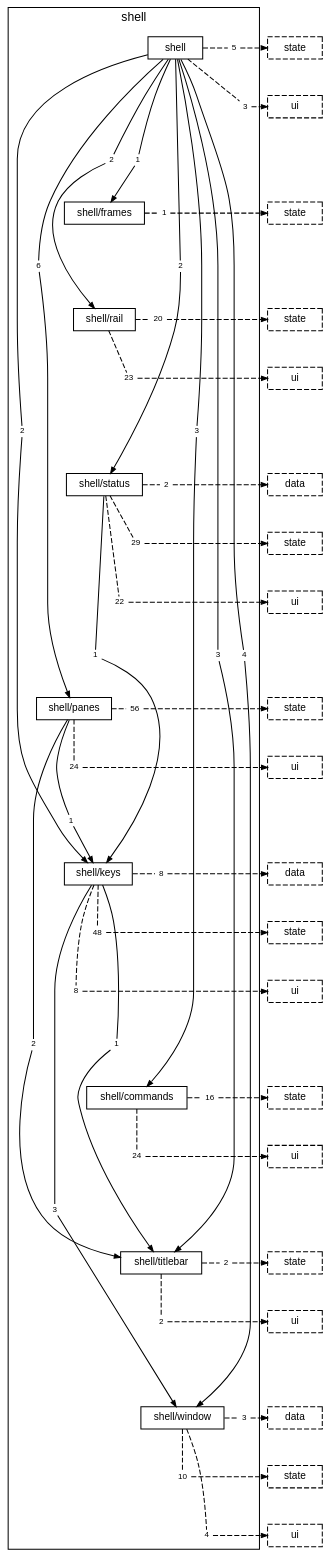
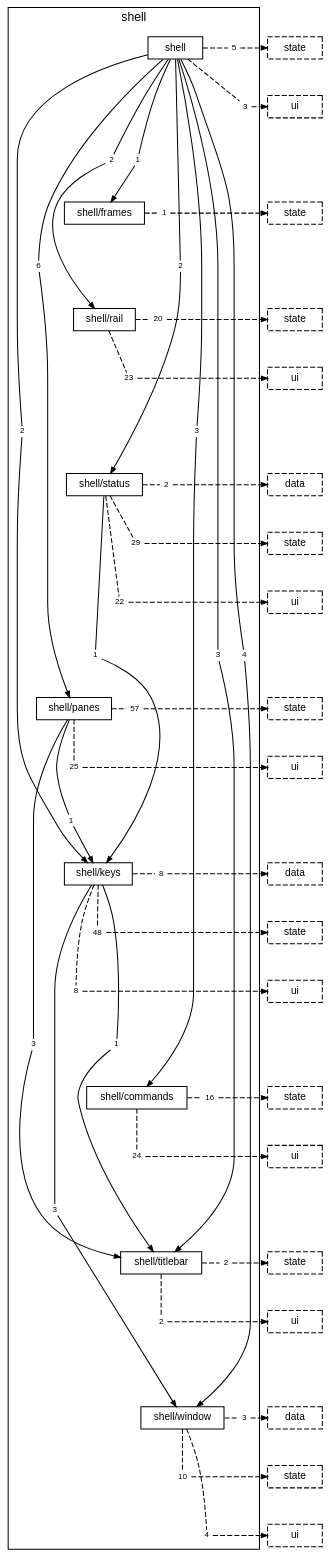
One commit to TheAxeC/oculus changed the diagram in docs/diagrams/layer-shell.dot. Above: the diagram before and after it, drawn with Graphviz. The commit also changed 27 other files, not shown here.

```diff
--- a/docs/diagrams/layer-shell.dot
+++ b/docs/diagrams/layer-shell.dot
@@ -31,9 +31,9 @@
         "folder shell/status to layer state" [label="29", shape=box, color="transparent", fontsize=8, width=0, height=0, margin="0.04,0.02"];
         "folder shell/status to layer ui" [label="22", shape=box, color="transparent", fontsize=8, width=0, height=0, margin="0.04,0.02"];
         "folder shell/panes to folder shell/keys" [label="1", shape=box, color="transparent", fontsize=8, width=0, height=0, margin="0.04,0.02"];
-        "folder shell/panes to folder shell/titlebar" [label="2", shape=box, color="transparent", fontsize=8, width=0, height=0, margin="0.04,0.02"];
-        "folder shell/panes to layer state" [label="56", shape=box, color="transparent", fontsize=8, width=0, height=0, margin="0.04,0.02"];
-        "folder shell/panes to layer ui" [label="24", shape=box, color="transparent", fontsize=8, width=0, height=0, margin="0.04,0.02"];
+        "folder shell/panes to folder shell/titlebar" [label="3", shape=box, color="transparent", fontsize=8, width=0, height=0, margin="0.04,0.02"];
+        "folder shell/panes to layer state" [label="57", shape=box, color="transparent", fontsize=8, width=0, height=0, margin="0.04,0.02"];
+        "folder shell/panes to layer ui" [label="25", shape=box, color="transparent", fontsize=8, width=0, height=0, margin="0.04,0.02"];
         "folder shell/keys to folder shell/titlebar" [label="1", shape=box, color="transparent", fontsize=8, width=0, height=0, margin="0.04,0.02"];
         "folder shell/keys to folder shell/window" [label="3", shape=box, color="transparent", fontsize=8, width=0, height=0, margin="0.04,0.02"];
         "folder shell/keys to layer data" [label="8", shape=box, color="transparent", fontsize=8, width=0, height=0, margin="0.04,0.02"];
```
